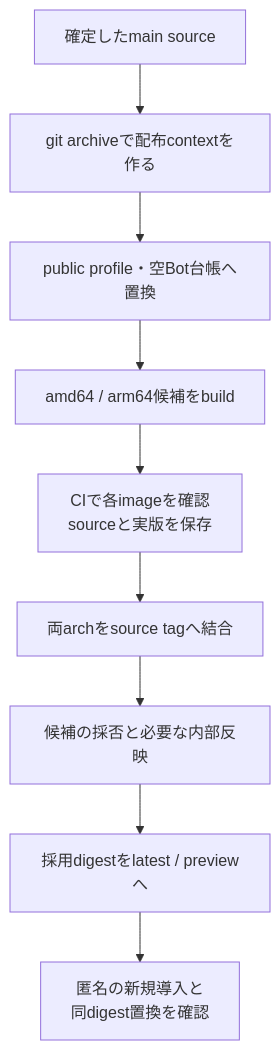
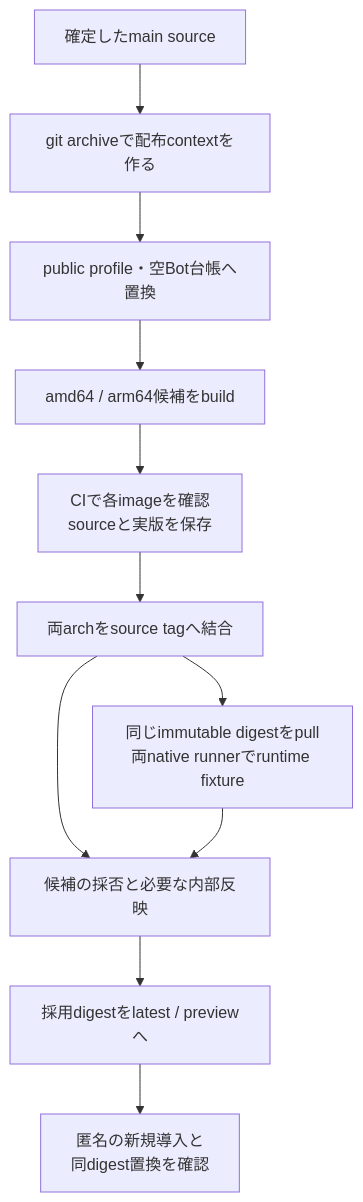
Before and after one commit to kitepon/BellTeam: the diagram in docs/architecture/distribution-details.md, drawn with Mermaid. The commit also changed other lines of this file and 3 other files, not shown here.

````diff
--- a/docs/architecture/distribution-details.md
+++ b/docs/architecture/distribution-details.md
@@ -7,11 +7,13 @@
 ```mermaid
 flowchart TD
   Source["確定したmain source"] --> Package["git archiveで配布contextを作る"]
   Package --> Public["public profile・空Bot台帳へ置換"]
   Public --> Build["amd64 / arm64候補をbuild"]
   Build --> Check["CIで各imageを確認<br/>sourceと実版を保存"]
   Check --> Index["両archをsource tagへ結合"]
   Index --> Accept["候補の採否と必要な内部反映"]
+  Index --> Runtime["同じimmutable digestをpull<br/>両native runnerでruntime fixture"]
+  Runtime --> Accept
   Accept --> Promote["採用digestをlatest / previewへ"]
   Promote --> Verify["匿名の新規導入と<br/>同digest置換を確認"]
 ```
````
